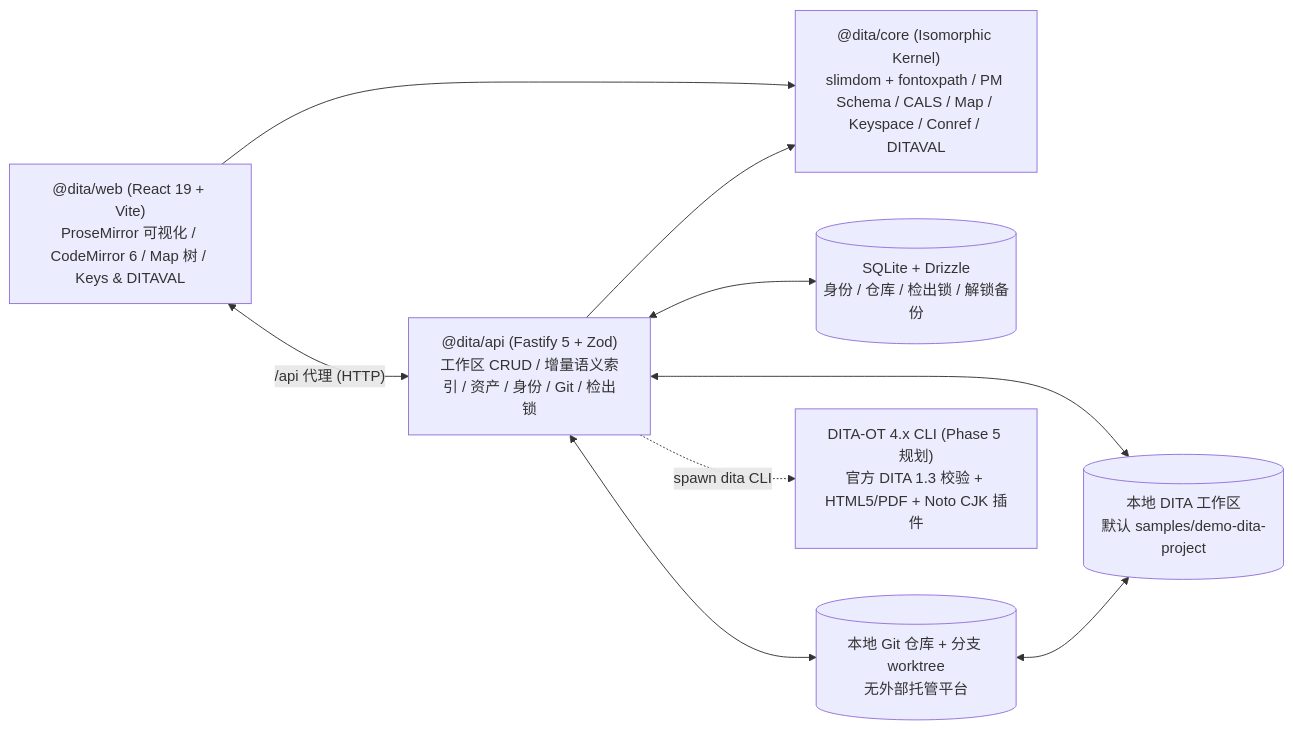
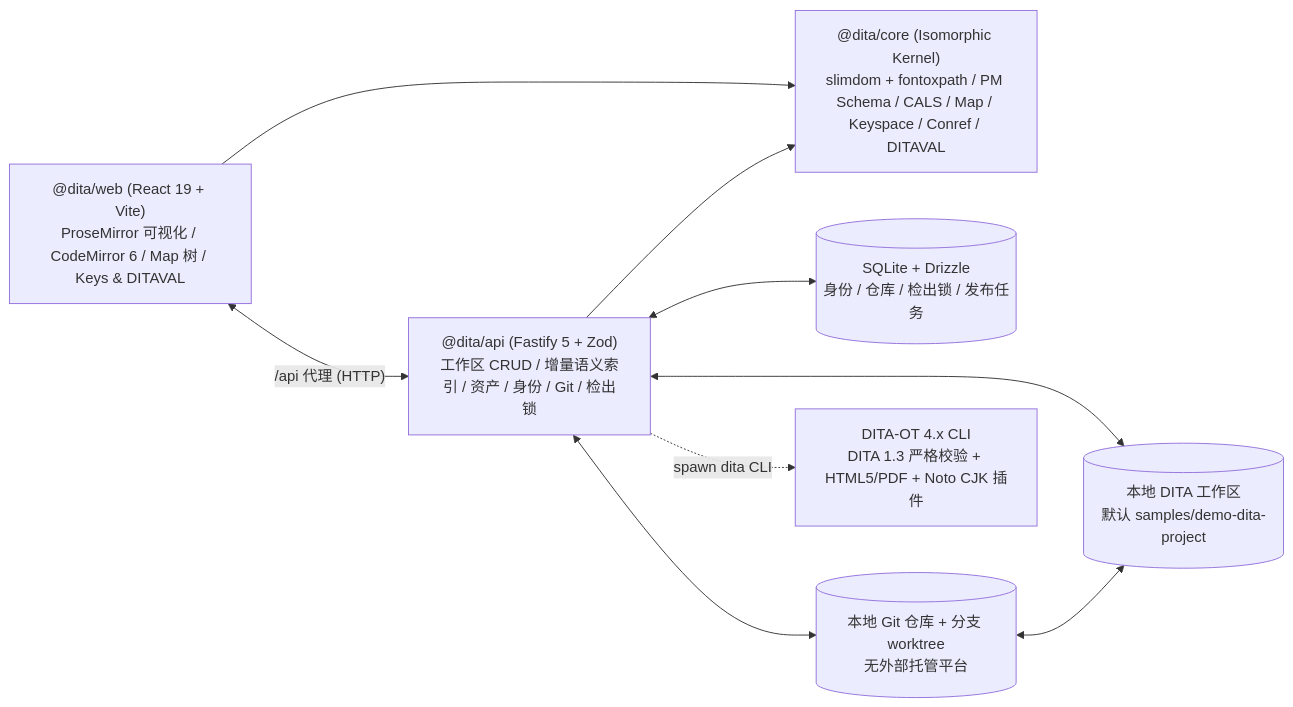
One commit to Ericfeng84/DITAEditor changed the diagram in README.md. Above: the diagram before and after it, drawn with Mermaid. The commit also changed other lines of this file and 57 other files, not shown here.

First line of the commit message:
feat(phase5): add DITA-OT validation, async publishing, and CJK PDF

````diff
--- a/README.md
+++ b/README.md
@@ -98,19 +114,19 @@
 ```mermaid
 flowchart LR
     Web["@dita/web (React 19 + Vite)<br/>ProseMirror 可视化 / CodeMirror 6 / Map 树 / Keys & DITAVAL"]
     API["@dita/api (Fastify 5 + Zod)<br/>工作区 CRUD / 增量语义索引 / 资产 / 身份 / Git / 检出锁"]
     Core["@dita/core (Isomorphic Kernel)<br/>slimdom + fontoxpath / PM Schema / CALS / Map / Keyspace / Conref / DITAVAL"]
     FS[("本地 DITA 工作区<br/>默认 samples/demo-dita-project")]
-    DB[("SQLite + Drizzle<br/>身份 / 仓库 / 检出锁 / 解锁备份")]
+    DB[("SQLite + Drizzle<br/>身份 / 仓库 / 检出锁 / 发布任务")]
     GIT[("本地 Git 仓库 + 分支 worktree<br/>无外部托管平台")]
-    CLI["DITA-OT 4.x CLI (Phase 5 规划)<br/>官方 DITA 1.3 校验 + HTML5/PDF + Noto CJK 插件"]
+    CLI["DITA-OT 4.x CLI<br/>DITA 1.3 严格校验 + HTML5/PDF + Noto CJK 插件"]
 
     Web <-->|"/api 代理 (HTTP)"| API
     Web --> Core
     API --> Core
     API <--> FS
     API <--> DB
     API <--> GIT
     GIT <--> FS
     API -.->|"spawn dita CLI"| CLI
 ```
````
